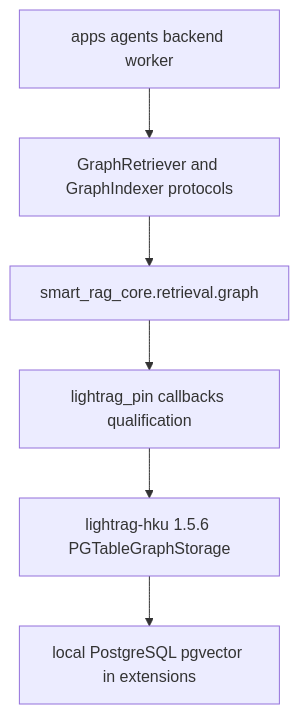
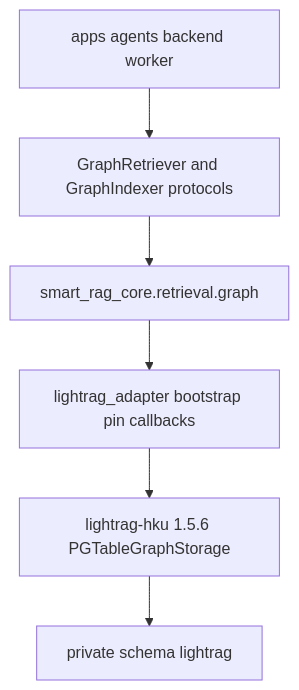
One commit to Nagdy8888/smart-rag changed the diagram in docs/graph/LIGHTRAG_CONTRACT.md. Above: the diagram before and after it, drawn with Mermaid. The commit also changed other lines of this file and 30 other files, not shown here.

Commit message:
Bootstrap private LightRAG storage from the 1.5.6 pin and attach runtime pools as app_lightrag without DDL so GraphRAG can use session-mode Postgres inside the signed connection budget.

````diff
--- a/docs/graph/LIGHTRAG_CONTRACT.md
+++ b/docs/graph/LIGHTRAG_CONTRACT.md
@@ -62,14 +65,14 @@
 ```mermaid
 flowchart TD
   proto["GraphRetriever and GraphIndexer protocols"]
   apps["apps agents backend worker"]
   coreGraph["smart_rag_core.retrieval.graph"]
-  adapter["lightrag_pin callbacks qualification"]
+  adapter["lightrag_adapter bootstrap pin callbacks"]
   vendor["lightrag-hku 1.5.6 PGTableGraphStorage"]
-  pg["local PostgreSQL pgvector in extensions"]
+  pg["private schema lightrag"]
   apps --> proto
   proto --> coreGraph
   coreGraph --> adapter
   adapter --> vendor
   vendor --> pg
 ```
````
